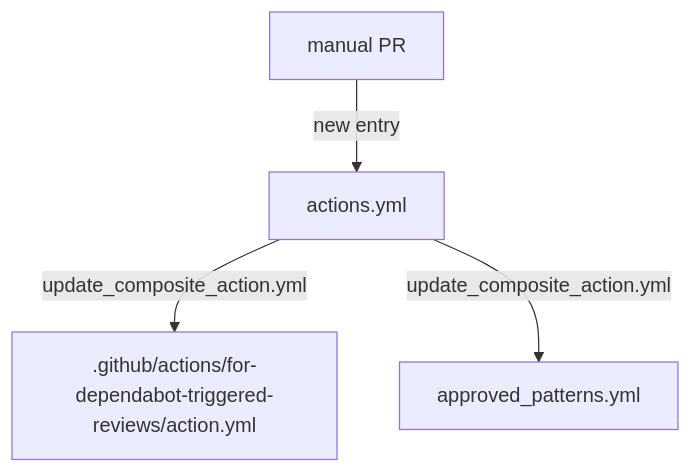
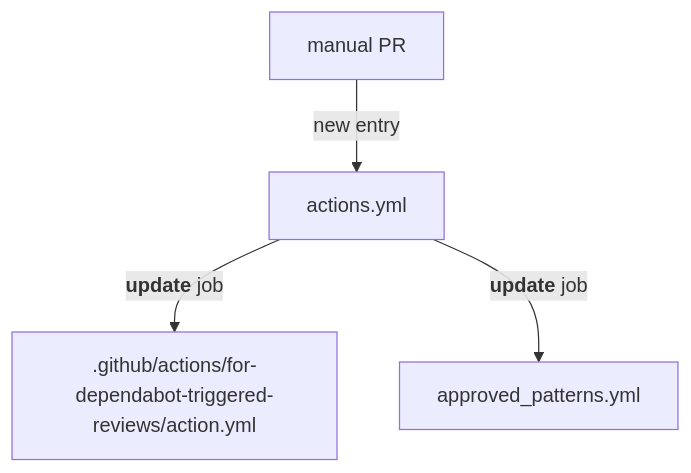
The second of 4 diagrams in README.md (apache/infrastructure-actions), drawn with Mermaid before and after one commit. The commit also changed other lines of this file and 5 other files, not shown here.

````diff
--- a/README.md
+++ b/README.md
@@ -149,6 +147,6 @@
 ```mermaid
 graph TD;
     manual["manual PR"]--new entry-->actions.yml
-    actions.yml--"update_composite_action.yml"-->composite[".github/actions/for-dependabot-triggered-reviews/action.yml"]
-    actions.yml--"update_composite_action.yml"-->approved["approved_patterns.yml"]
+    actions.yml--"<b>update</b> job"-->composite[".github/actions/for-dependabot-triggered-reviews/action.yml"]
+    actions.yml--"<b>update</b> job"-->approved["approved_patterns.yml"]
 ```
````
